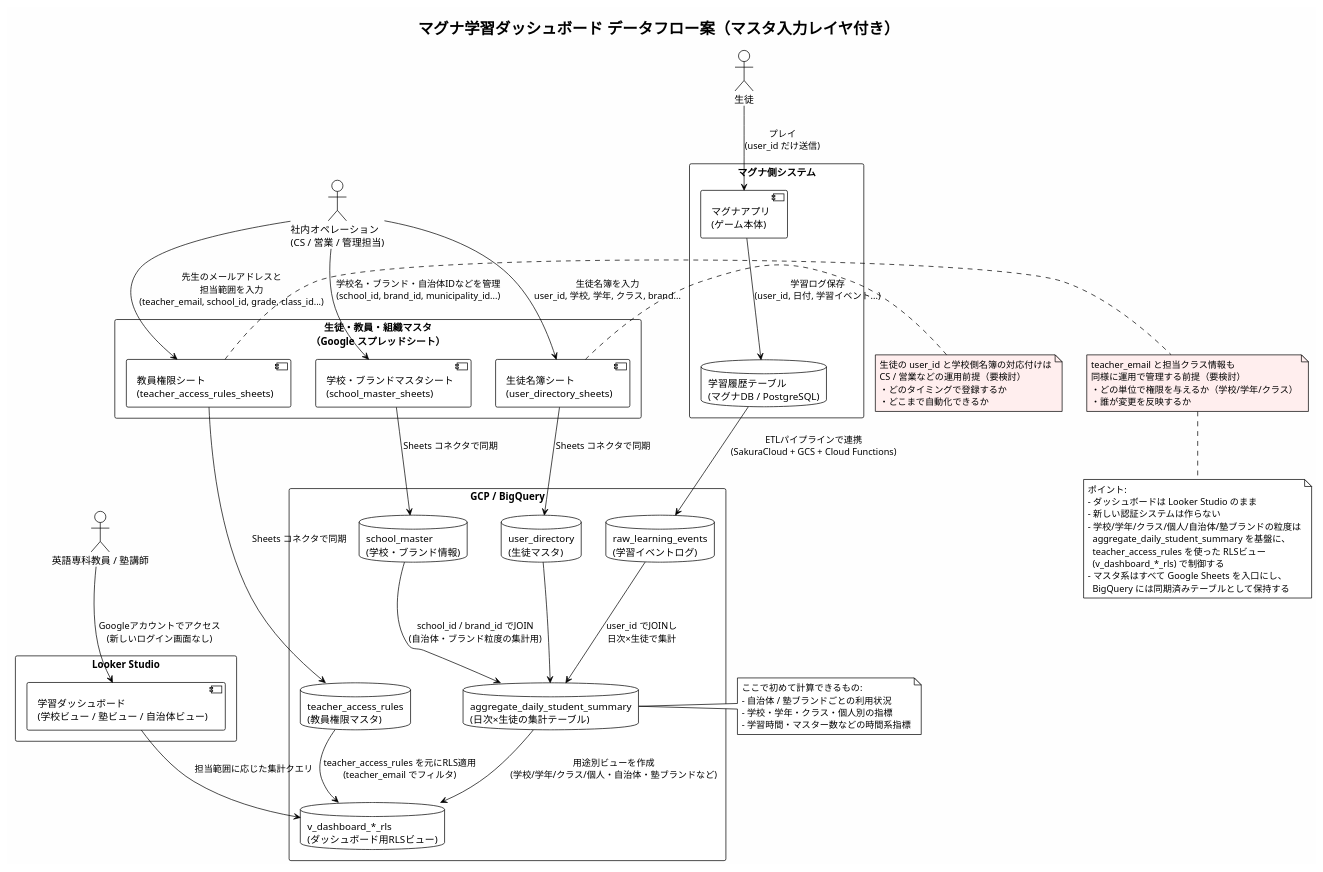
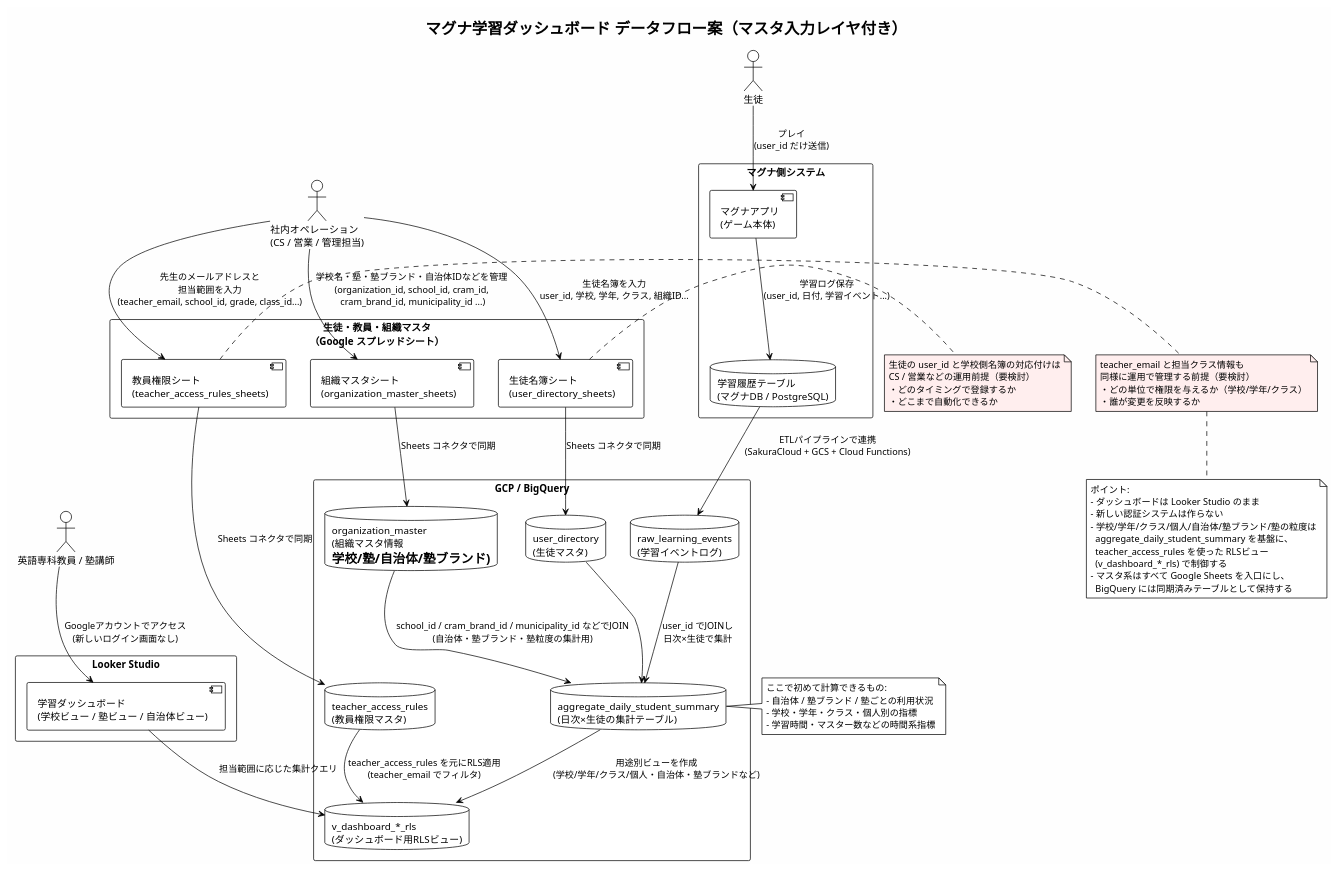
One commit to Wings-12/magunaLearningDashboard changed the diagram in designForPosgreToBigQuery/event-drivenProcessingIntegratingGcsAndCloudFunctions/problemForThisDesign.plantuml. Above: the diagram before and after it, drawn with PlantUML.

Commit message:
校舎や塾周りのわかりにくい名前の修正

```diff
--- a/designForPosgreToBigQuery/event-drivenProcessingIntegratingGcsAndCloudFunctions/problemForThisDesign.plantuml
+++ b/designForPosgreToBigQuery/event-drivenProcessingIntegratingGcsAndCloudFunctions/problemForThisDesign.plantuml
@@ -1,100 +1,100 @@
 @startuml
 !theme plain
 skinparam backgroundColor #FEFEFE
 
 title マグナ学習ダッシュボード データフロー案（マスタ入力レイヤ付き）
 
 actor Student as "生徒"
 actor Teacher as "英語専科教員 / 塾講師"
 actor Internal as "社内オペレーション\n(CS / 営業 / 管理担当)"
 
 rectangle "マグナ側システム" {
   component App as "マグナアプリ\n(ゲーム本体)"
   database RawSrc as "学習履歴テーブル\n(マグナDB / PostgreSQL)"
 }
 
 rectangle "生徒・教員・組織マスタ\n（Google スプレッドシート）" {
   component RosterSheet as "生徒名簿シート\n(user_directory_sheets)"
   component TeacherSheet as "教員権限シート\n(teacher_access_rules_sheets)"
-  component SchoolSheet as "学校・ブランドマスタシート\n(school_master_sheets)"
+  component OrgSheet as "組織マスタシート\n(organization_master_sheets)"
 }
 
 rectangle "GCP / BigQuery" {
   database BQRaw as "raw_learning_events\n(学習イベントログ)"
   database BQUser as "user_directory\n(生徒マスタ)"
   database BQTeacher as "teacher_access_rules\n(教員権限マスタ)"
-  database BQSchool as "school_master\n(学校・ブランド情報)"
+  database BQOrg as "organization_master\n(組織マスタ情報\n= 学校/塾/自治体/塾ブランド)"
   database BQSummary as "aggregate_daily_student_summary\n(日次×生徒の集計テーブル)"
   database BQViews as "v_dashboard_*_rls\n(ダッシュボード用RLSビュー)"
 }
 
 rectangle "Looker Studio" {
   component Dashboard as "学習ダッシュボード\n(学校ビュー / 塾ビュー / 自治体ビュー)"
 }
 
 ' --- 学習ログの流れ ---
 
 Student --> App : プレイ\n(user_id だけ送信)
 App --> RawSrc : 学習ログ保存\n(user_id, 日付, 学習イベント...)
 
 RawSrc --> BQRaw : ETLパイプラインで連携\n(SakuraCloud + GCS + Cloud Functions)
 
 ' --- マスタ入力の流れ ---
 
-Internal --> RosterSheet : 生徒名簿を入力\nuser_id, 学校, 学年, クラス, brand...
+Internal --> RosterSheet : 生徒名簿を入力\nuser_id, 学校, 学年, クラス, 組織ID...
 Internal --> TeacherSheet : 先生のメールアドレスと\n担当範囲を入力\n(teacher_email, school_id, grade, class_id...)
-Internal --> SchoolSheet : 学校名・ブランド・自治体IDなどを管理\n(school_id, brand_id, municipality_id...)
+Internal --> OrgSheet : 学校名・塾・塾ブランド・自治体IDなどを管理\n(organization_id, school_id, cram_id,\n cram_brand_id, municipality_id ...)
 
 RosterSheet --> BQUser : Sheets コネクタで同期
 TeacherSheet --> BQTeacher : Sheets コネクタで同期
-SchoolSheet --> BQSchool : Sheets コネクタで同期
+OrgSheet --> BQOrg : Sheets コネクタで同期
 
 ' --- 集計処理 ---
 
 ' 日次×生徒の集計（user_directory をJOIN）
 BQRaw --> BQSummary : user_id でJOINし\n日次×生徒で集計
 BQUser --> BQSummary
-BQSchool --> BQSummary : school_id / brand_id でJOIN\n(自治体・ブランド粒度の集計用)
+BQOrg --> BQSummary : school_id / cram_brand_id / municipality_id などでJOIN\n(自治体・塾ブランド・塾粒度の集計用)
 
 ' --- ダッシュボード用ビュー + 行レベルセキュリティ ---
 
 BQSummary --> BQViews : 用途別ビューを作成\n(学校/学年/クラス/個人・自治体・塾ブランドなど)
 BQTeacher --> BQViews : teacher_access_rules を元にRLS適用\n(teacher_email でフィルタ)
 
 Teacher --> Dashboard : Googleアカウントでアクセス\n(新しいログイン画面なし)
 Dashboard --> BQViews : 担当範囲に応じた集計クエリ
 
 note right of BQSummary
   ここで初めて計算できるもの:
-  - 自治体 / 塾ブランドごとの利用状況
+  - 自治体 / 塾ブランド / 塾ごとの利用状況
   - 学校・学年・クラス・個人別の指標
   - 学習時間・マスター数などの時間系指標
 end note
 
 note right of RosterSheet #FFEEEE
   生徒の user_id と学校側名簿の対応付けは
   CS / 営業などの運用前提（要検討）
   ・どのタイミングで登録するか
   ・どこまで自動化できるか
 end note
 
 note right of TeacherSheet #FFEEEE
   teacher_email と担当クラス情報も
   同様に運用で管理する前提（要検討）
   ・どの単位で権限を与えるか（学校/学年/クラス）
   ・誰が変更を反映するか
 end note
 
 note bottom
   ポイント:
   - ダッシュボードは Looker Studio のまま
   - 新しい認証システムは作らない
-  - 学校/学年/クラス/個人/自治体/塾ブランドの粒度は
+  - 学校/学年/クラス/個人/自治体/塾ブランド/塾の粒度は
     aggregate_daily_student_summary を基盤に、
     teacher_access_rules を使った RLSビュー
     (v_dashboard_*_rls) で制御する
   - マスタ系はすべて Google Sheets を入口にし、
     BigQuery には同期済みテーブルとして保持する
 end note
 
 @enduml
```
